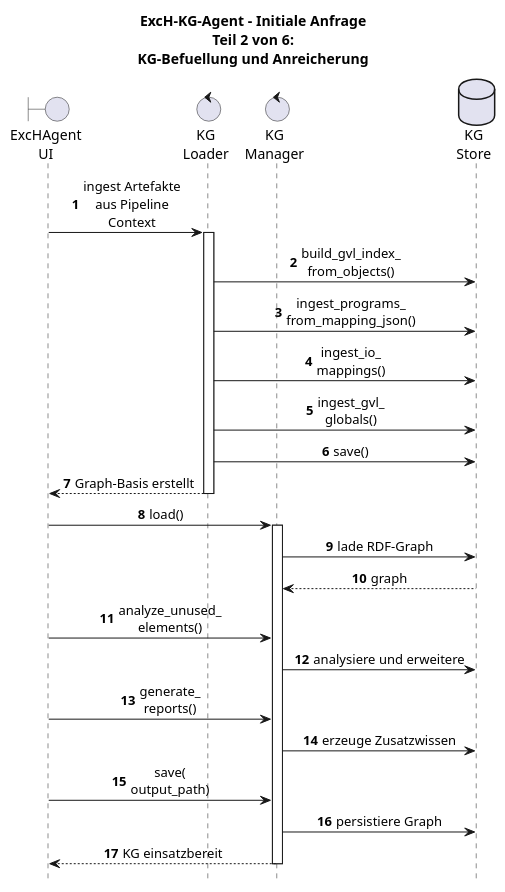
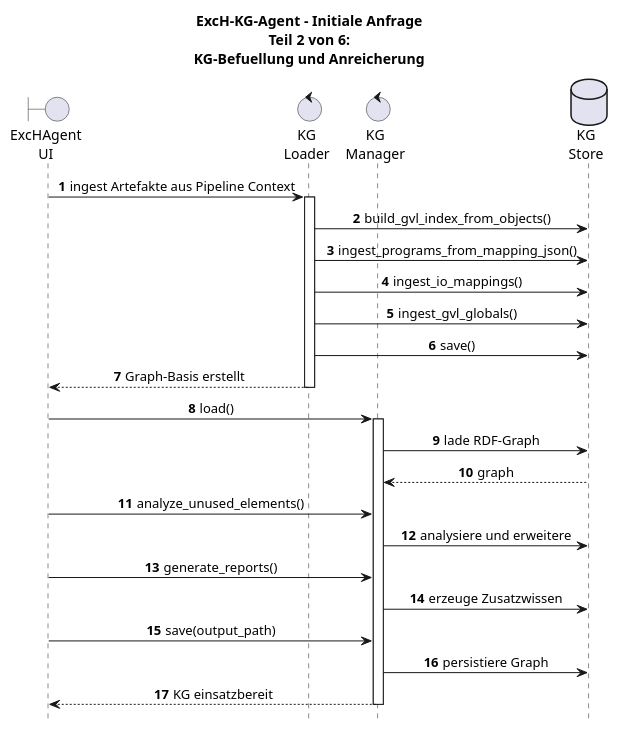
Before and after one commit to verkal1999/Agent_Test: the diagram in UML-Diagrams/ExcH-KG-Agent/Komponenten_ExcH-KG-Agent/06b_seq_kg_store.plantuml, drawn with PlantUML. The commit also changed 62 other files, not shown here.

```diff
--- a/UML-Diagrams/ExcH-KG-Agent/Komponenten_ExcH-KG-Agent/06b_seq_kg_store.plantuml
+++ b/UML-Diagrams/ExcH-KG-Agent/Komponenten_ExcH-KG-Agent/06b_seq_kg_store.plantuml
@@ -1,42 +1,42 @@
 @startuml
 
 skinparam shadowing false
 skinparam responseMessageBelowArrow true
 skinparam sequenceMessageAlign center
 hide footbox
 autonumber
 
 title ExcH-KG-Agent - Initiale Anfrage\nTeil 2 von 6:\nKG-Befuellung und Anreicherung
 
 boundary "ExcHAgent\nUI" as UI
 control "KG\nLoader" as Loader
 control "KG\nManager" as Manager
 database "KG\nStore" as Store
 
-UI -> Loader : ingest Artefakte\naus Pipeline\nContext
+UI -> Loader : ingest Artefakte aus Pipeline Context
 activate Loader
-Loader -> Store : build_gvl_index_\nfrom_objects()
-Loader -> Store : ingest_programs_\nfrom_mapping_json()
-Loader -> Store : ingest_io_\nmappings()
-Loader -> Store : ingest_gvl_\nglobals()
+Loader -> Store : build_gvl_index_from_objects()
+Loader -> Store : ingest_programs_from_mapping_json()
+Loader -> Store : ingest_io_mappings()
+Loader -> Store : ingest_gvl_globals()
 Loader -> Store : save()
 Loader --> UI : Graph-Basis erstellt
 deactivate Loader
 
 UI -> Manager : load()
 activate Manager
 Manager -> Store : lade RDF-Graph
 Store --> Manager : graph
 
-UI -> Manager : analyze_unused_\nelements()
+UI -> Manager : analyze_unused_elements()
 Manager -> Store : analysiere und erweitere
 
-UI -> Manager : generate_\nreports()
+UI -> Manager : generate_reports()
 Manager -> Store : erzeuge Zusatzwissen
 
-UI -> Manager : save(\noutput_path)
+UI -> Manager : save(output_path)
 Manager -> Store : persistiere Graph
 Manager --> UI : KG einsatzbereit
 deactivate Manager
 
 @enduml
```
